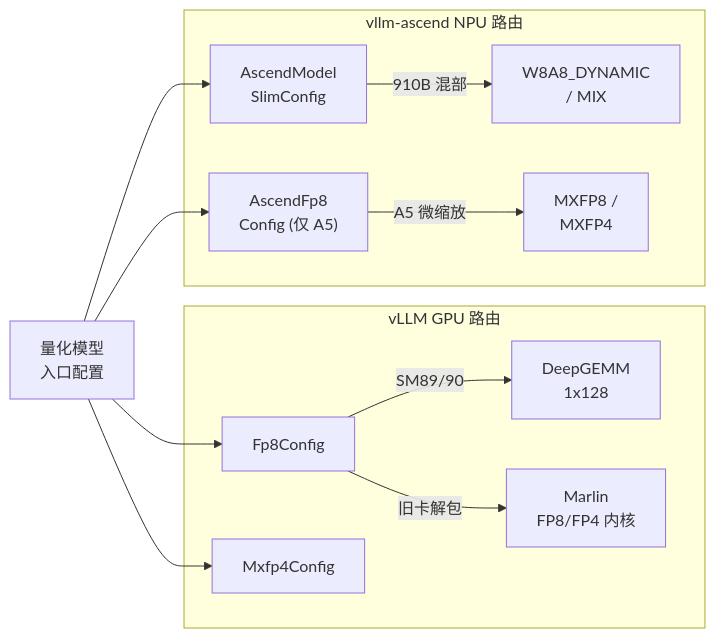
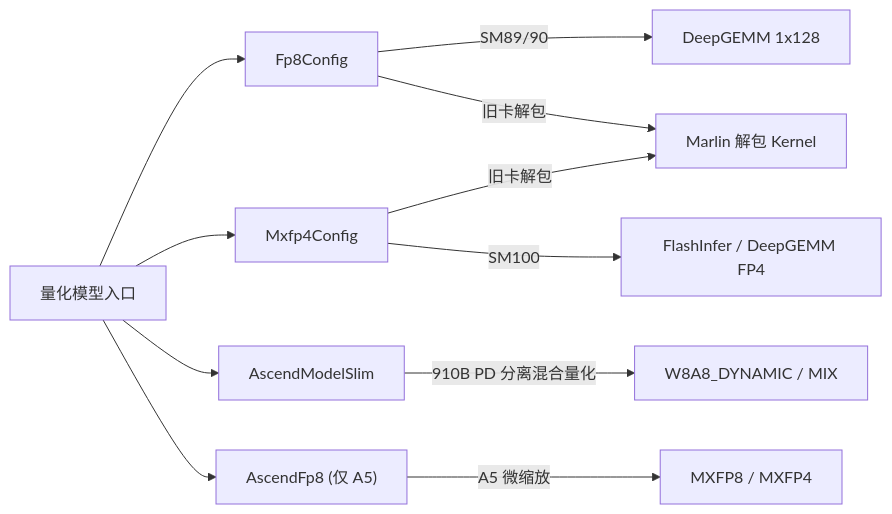
One commit to xingcanlee/infra-note changed the diagram in src/content/posts/foundations/05-quantization/index.mdx. Above: the diagram before and after it, drawn with Mermaid. The commit also changed other lines of this file and 100 other files, not shown here.

Commit message:
docs: refine prose style, industry terminology, explainers, and diagrams across all series

````diff
--- a/src/content/posts/foundations/05-quantization/index.mdx
+++ b/src/content/posts/foundations/05-quantization/index.mdx
@@ -87,16 +89,13 @@
 ```mermaid caption="图 3：vLLM GPU 与 vllm-ascend 量化配置分发路线"
 flowchart LR
-    CFG["量化模型<br/>入口配置"] --> F8["Fp8Config"]
+    CFG["量化模型入口"] --> F8["Fp8Config"]
     CFG --> MX["Mxfp4Config"]
-    CFG --> MS["AscendModel<br/>SlimConfig"]
-    CFG --> AF8["AscendFp8<br/>Config (仅 A5)"]
-    subgraph GPU["vLLM GPU 路由"]
-        F8 -->|"SM89/90"| DG["DeepGEMM<br/>1x128"]
-        F8 -->|"旧卡解包"| ML["Marlin<br/>FP8/FP4 内核"]
-        MX
-    end
-    subgraph NPU["vllm-ascend NPU 路由"]
-        MS -->|"910B 混部"| W8["W8A8_DYNAMIC<br/>/ MIX"]
-        AF8 -->|"A5 微缩放"| MXN["MXFP8 /<br/>MXFP4"]
-    end
+    CFG --> MS["AscendModelSlim"]
+    CFG --> AF8["AscendFp8 (仅 A5)"]
+    F8 -->|"SM89/90"| DG["DeepGEMM 1x128"]
+    F8 -->|"旧卡解包"| ML["Marlin 解包 Kernel"]
+    MX -->|"SM100"| FI4["FlashInfer / DeepGEMM FP4"]
+    MX -->|"旧卡解包"| ML
+    MS -->|"910B PD 分离混合量化"| W8["W8A8_DYNAMIC / MIX"]
+    AF8 -->|"A5 微缩放"| MXN["MXFP8 / MXFP4"]
 ```
````
